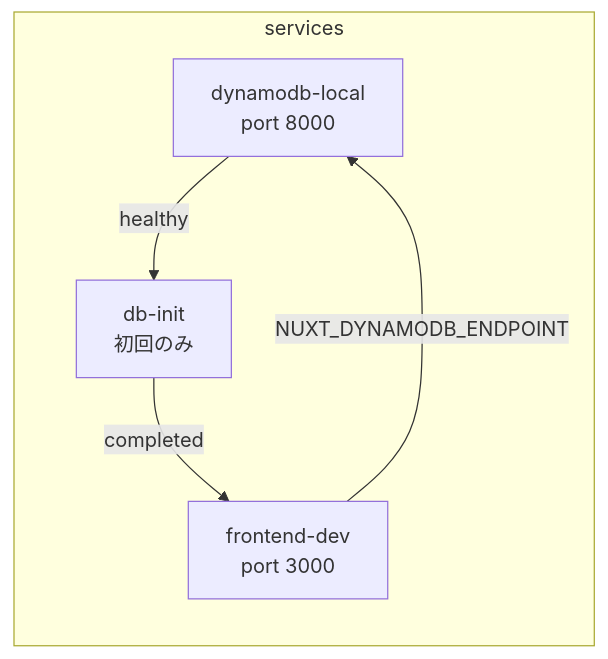
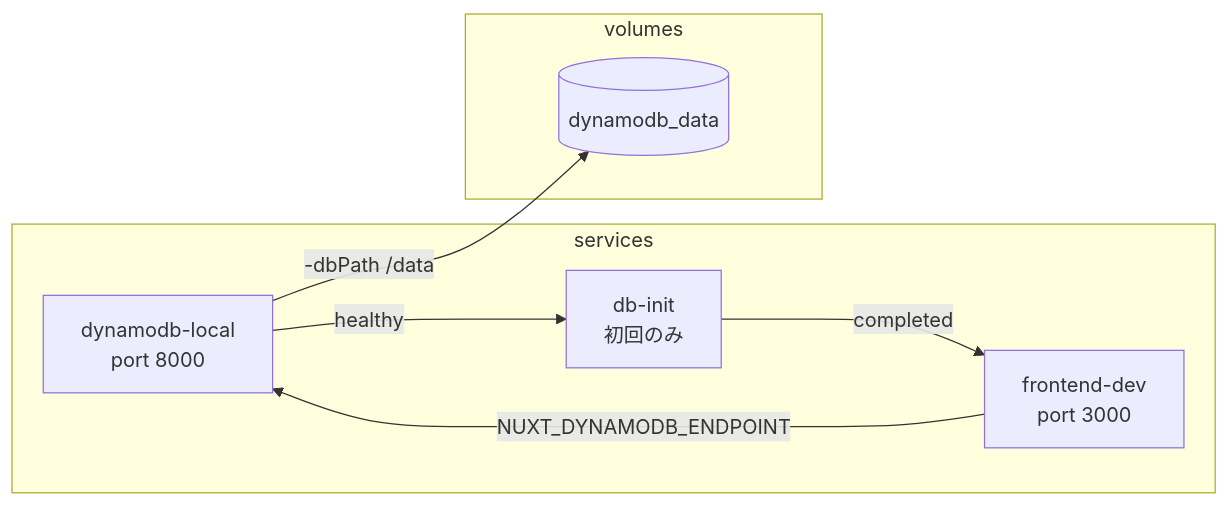
One commit to k-ikehara-ragate/task-management-app changed the first of 2 diagrams in docs/docker-development.md. Above: the diagram before and after it, drawn with Mermaid. The commit also changed other lines of this file and 8 other files, not shown here.

````diff
--- a/docs/docker-development.md
+++ b/docs/docker-development.md
@@ -24,11 +24,15 @@
 ```mermaid
 flowchart LR
   subgraph services
     A[dynamodb-local\nport 8000]
     B[db-init\n初回のみ]
     C[frontend-dev\nport 3000]
   end
+  subgraph volumes
+    V[(dynamodb_data)]
+  end
   A -->|healthy| B
   B -->|completed| C
   C -->|NUXT_DYNAMODB_ENDPOINT| A
+  A -->|"-dbPath /data"| V
 ```
````
